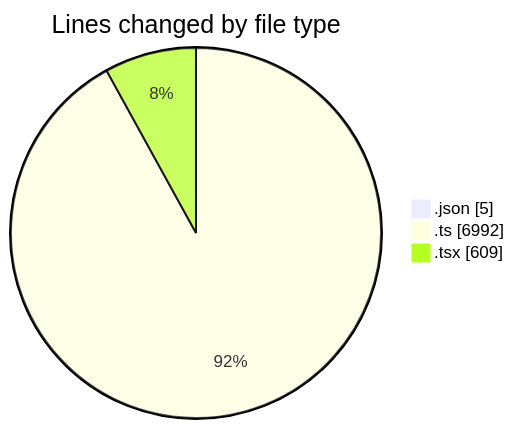
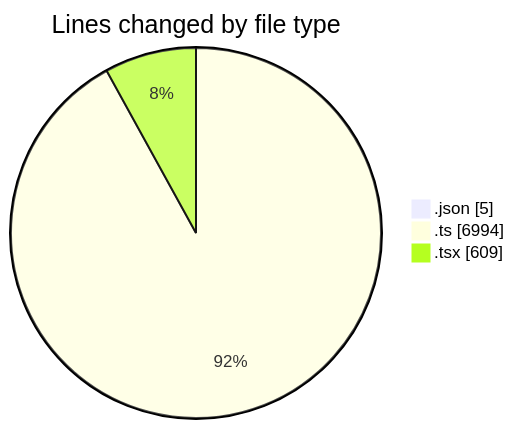
Before and after one commit to CELIANVF/code-tracking: the first of 2 diagrams in 2025-05-09/ecodeli/README.md, drawn with Mermaid. The commit also changed other lines of this file and 1 other file, not shown here.

````diff
--- a/2025-05-09/ecodeli/README.md
+++ b/2025-05-09/ecodeli/README.md
@@ -29,7 +29,7 @@
 ```mermaid
 pie showData
 title Lines changed by file type
 ".json" : 5
-".ts" : 6992
+".ts" : 6994
 ".tsx" : 609
 ```
````
